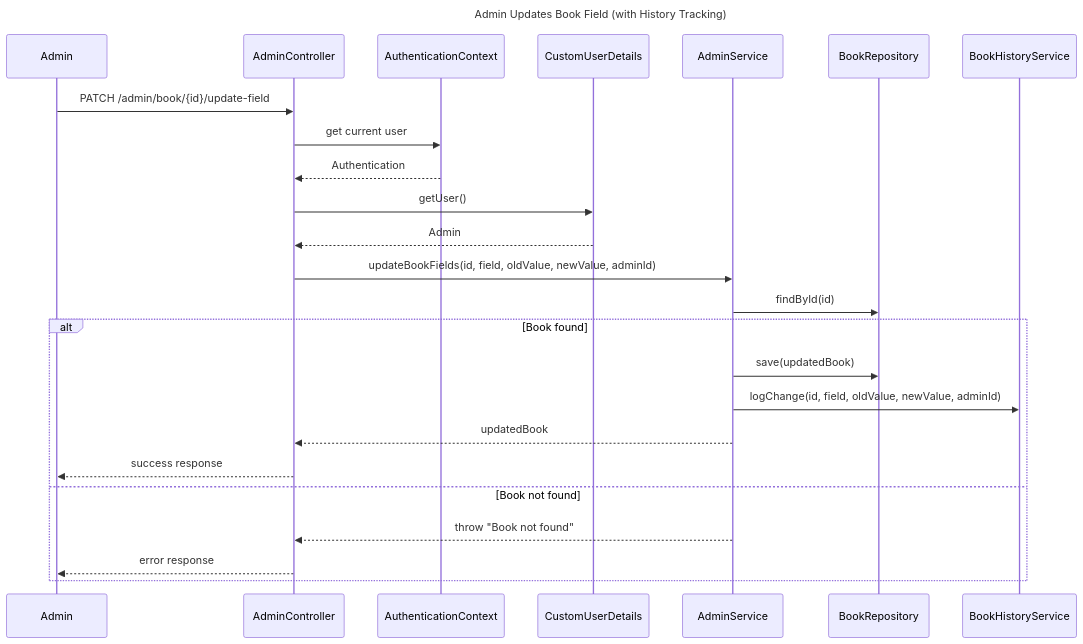
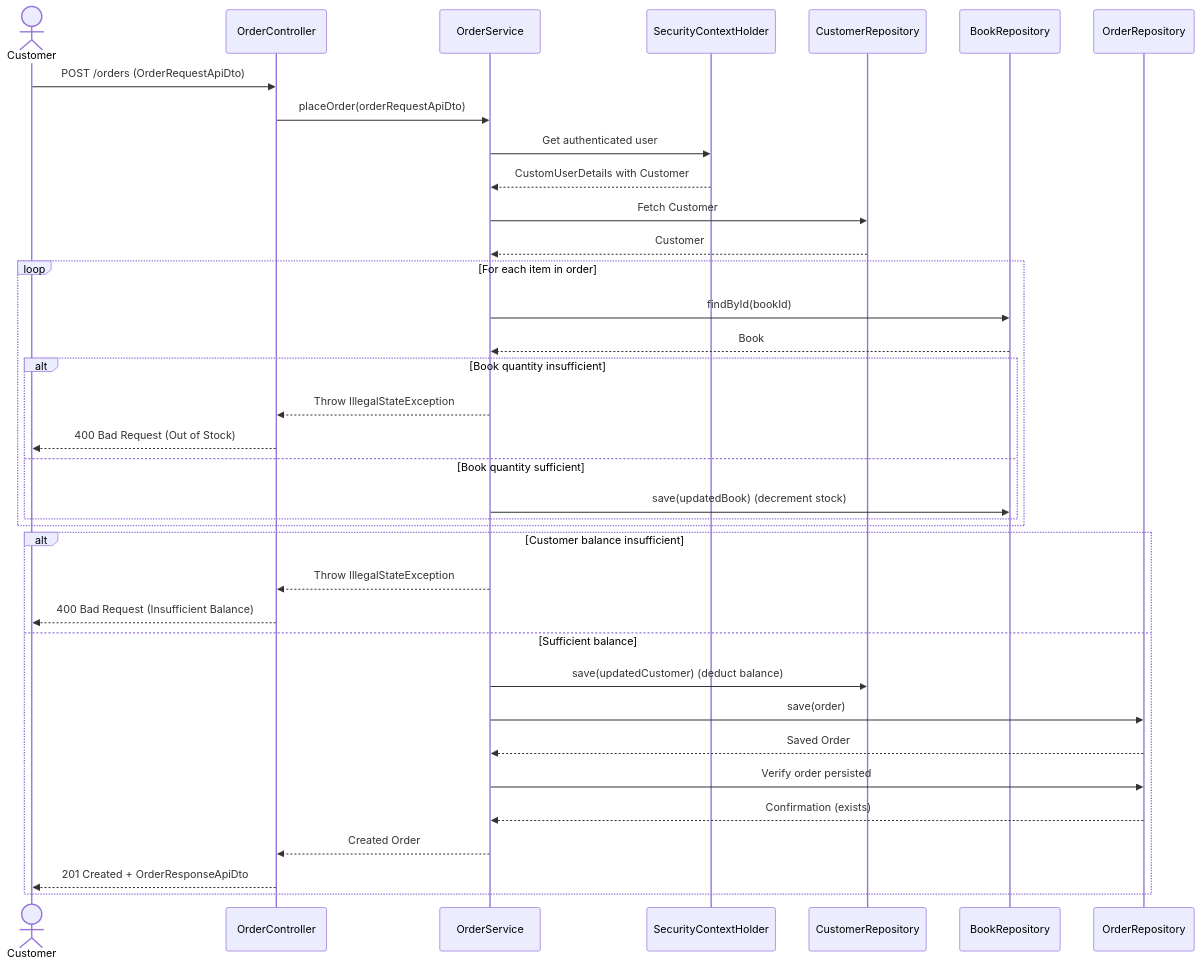
One commit to nourhammmad/Book-Store-System changed the second of 4 diagrams in README.md. Above: the diagram before and after it, drawn with Mermaid. The commit also changed other lines of this file, not shown here.

Commit message:
Update Admin Updates Book Sequence Diagram

````diff
--- a/README.md
+++ b/README.md
@@ -228,29 +228,46 @@
 ```mermaid
 sequenceDiagram
-    title Admin Updates Book Field (with History Tracking)
+    actor Customer
+    participant OrderController
+    participant OrderService
+    participant SecurityContext as SecurityContextHolder
+    participant CustomerRepo as CustomerRepository
+    participant BookRepo as BookRepository
+    participant OrderRepo as OrderRepository
 
-    participant Admin
-    participant AdminController
-    participant AuthenticationContext
-    participant CustomUserDetails
-    participant AdminService
-    participant BookRepository
-    participant BookHistoryService
+    Customer ->> OrderController: POST /orders (OrderRequestApiDto)
+    OrderController ->> OrderService: placeOrder(orderRequestApiDto)
 
-    Admin ->> AdminController: PATCH /admin/book/{id}/update-field
-    AdminController ->> AuthenticationContext: get current user
-    AuthenticationContext -->> AdminController: Authentication
-    AdminController ->> CustomUserDetails: getUser()
-    CustomUserDetails -->> AdminController: Admin
-    AdminController ->> AdminService: updateBookFields(id, field, oldValue, newValue, adminId)
-    AdminService ->> BookRepository: findById(id)
-    alt Book found
-        AdminService ->> BookRepository: save(updatedBook)
-        AdminService ->> BookHistoryService: logChange(id, field, oldValue, newValue, adminId)
-        AdminService -->> AdminController: updatedBook
-        AdminController -->> Admin: success response
-    else Book not found
-        AdminService -->> AdminController: throw "Book not found"
-        AdminController -->> Admin: error response
+    OrderService ->> SecurityContext: Get authenticated user
+    SecurityContext -->> OrderService: CustomUserDetails with Customer
+
+    OrderService ->> CustomerRepo: Fetch Customer
+    CustomerRepo -->> OrderService: Customer
+
+    loop For each item in order
+        OrderService ->> BookRepo: findById(bookId)
+        BookRepo -->> OrderService: Book
+
+        alt Book quantity insufficient
+            OrderService -->> OrderController: Throw IllegalStateException
+            OrderController -->> Customer: 400 Bad Request (Out of Stock)
+        else Book quantity sufficient
+            OrderService ->> BookRepo: save(updatedBook) (decrement stock)
+        end
+    end
+
+    alt Customer balance insufficient
+        OrderService -->> OrderController: Throw IllegalStateException
+        OrderController -->> Customer: 400 Bad Request (Insufficient Balance)
+    else Sufficient balance
+        OrderService ->> CustomerRepo: save(updatedCustomer) (deduct balance)
+        OrderService ->> OrderRepo: save(order)
+        OrderRepo -->> OrderService: Saved Order
+
+        OrderService ->> OrderRepo: Verify order persisted
+        OrderRepo -->> OrderService: Confirmation (exists)
+
+        OrderService -->> OrderController: Created Order
+        OrderController -->> Customer: 201 Created + OrderResponseApiDto
     end
 ```
````
